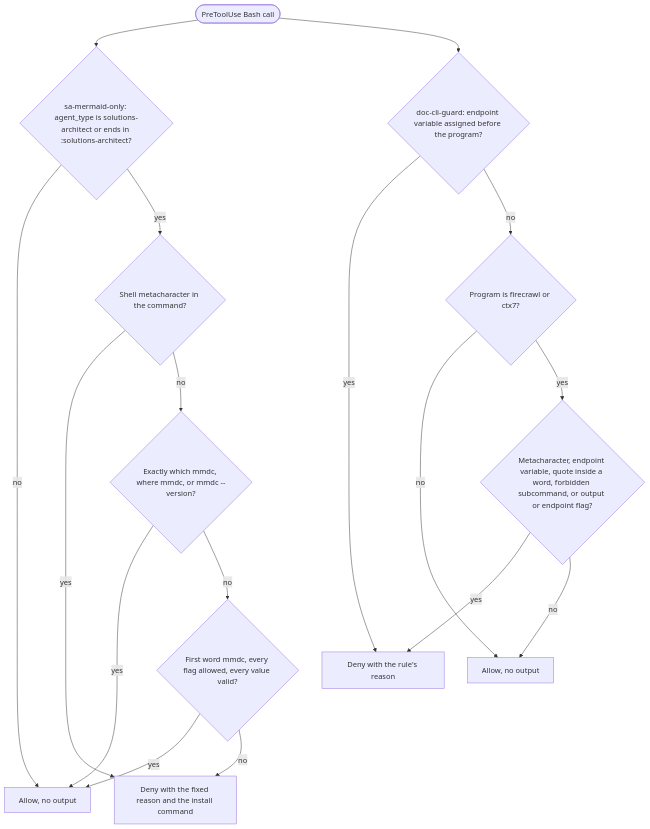
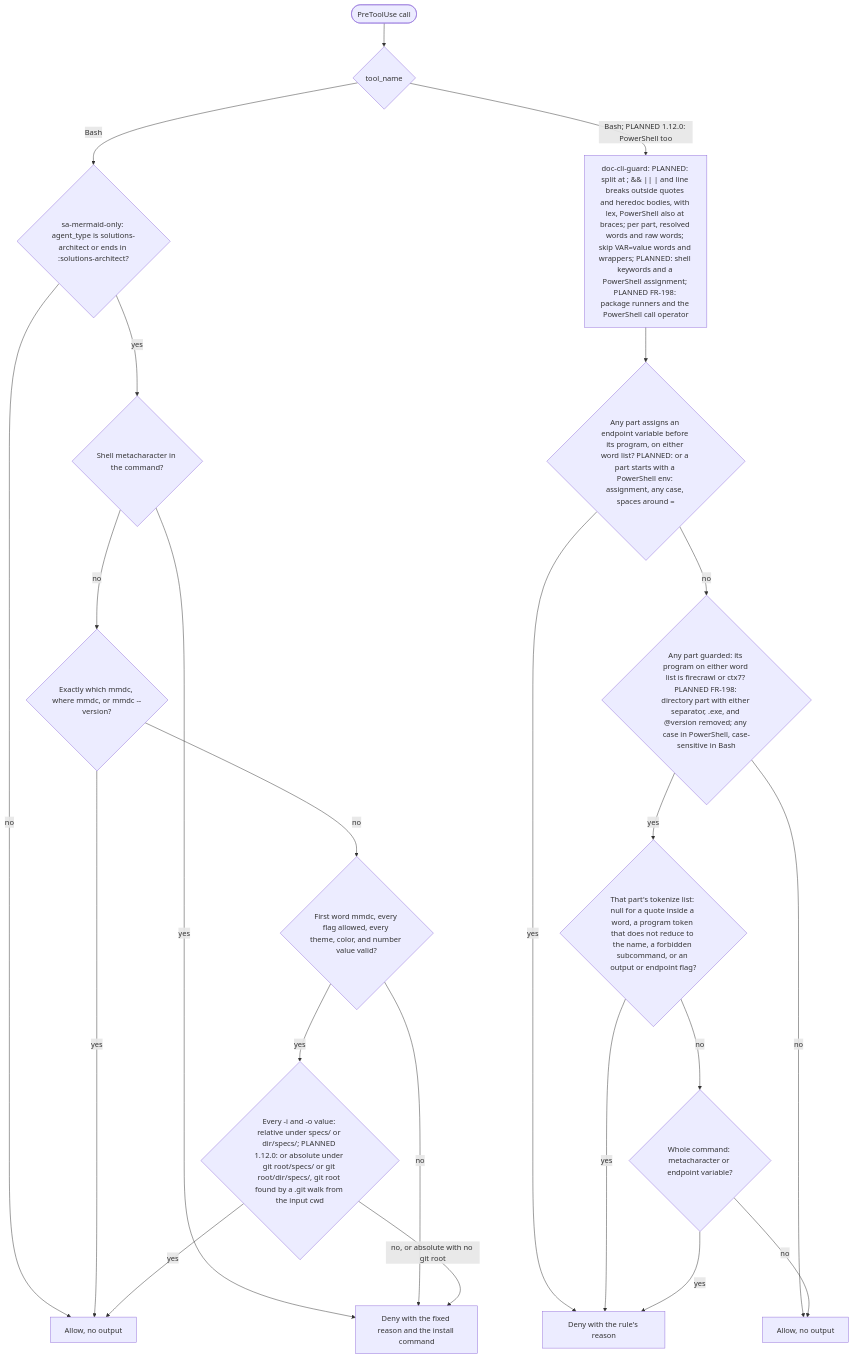
The diagram in specs/spec-hooks-bash-guards.md (tjmonsi/assist-marketplace-plugin), drawn with Mermaid before and after one commit. The commit also changed other lines of this file and 60 other files, not shown here.

````diff
--- a/specs/spec-hooks-bash-guards.md
+++ b/specs/spec-hooks-bash-guards.md
@@ -48,19 +48,25 @@
 ```mermaid
 flowchart TD
-  S(["PreToolUse Bash call"]) --> SA{"sa-mermaid-only: agent_type is solutions-architect or ends in :solutions-architect?"}
+  S(["PreToolUse call"]) --> T{"tool_name"}
+  T -->|Bash| SA{"sa-mermaid-only: agent_type is solutions-architect or ends in :solutions-architect?"}
   SA -->|no| SAOK["Allow, no output"]
   SA -->|yes| M1{"Shell metacharacter in the command?"}
   M1 -->|yes| SADENY["Deny with the fixed reason and the install command"]
   M1 -->|no| M2{"Exactly which mmdc, where mmdc, or mmdc --version?"}
   M2 -->|yes| SAOK
-  M2 -->|no| M3{"First word mmdc, every flag allowed, every value valid?"}
-  M3 -->|yes| SAOK
+  M2 -->|no| M3{"First word mmdc, every flag allowed, every theme, color, and number value valid?"}
   M3 -->|no| SADENY
-  S --> D1{"doc-cli-guard: endpoint variable assigned before the program?"}
+  M3 -->|yes| M4{"Every -i and -o value: relative under specs/ or dir/specs/; PLANNED 1.12.0: or absolute under git root/specs/ or git root/dir/specs/, git root found by a .git walk from the input cwd"}
+  M4 -->|yes| SAOK
+  M4 -->|"no, or absolute with no git root"| SADENY
+  T -->|"Bash; PLANNED 1.12.0: PowerShell too"| D0["doc-cli-guard: PLANNED: split at ; && || | and line breaks outside quotes and heredoc bodies, with lex, PowerShell also at braces; per part, resolved words and raw words; skip VAR=value words and wrappers; PLANNED: shell keywords and a PowerShell assignment; PLANNED FR-198: package runners and the PowerShell call operator"]
+  D0 --> D1{"Any part assigns an endpoint variable before its program, on either word list? PLANNED: or a part starts with a PowerShell env: assignment, any case, spaces around ="}
   D1 -->|yes| DDENY["Deny with the rule's reason"]
-  D1 -->|no| D2{"Program is firecrawl or ctx7?"}
+  D1 -->|no| D2{"Any part guarded: its program on either word list is firecrawl or ctx7? PLANNED FR-198: directory part with either separator, .exe, and @version removed; any case in PowerShell, case-sensitive in Bash"}
   D2 -->|no| DOK["Allow, no output"]
-  D2 -->|yes| D3{"Metacharacter, endpoint variable, quote inside a word, forbidden subcommand, or output or endpoint flag?"}
+  D2 -->|yes| D3{"That part's tokenize list: null for a quote inside a word, a program token that does not reduce to the name, a forbidden subcommand, or an output or endpoint flag?"}
   D3 -->|yes| DDENY
-  D3 -->|no| DOK
+  D3 -->|no| D4{"Whole command: metacharacter or endpoint variable?"}
+  D4 -->|yes| DDENY
+  D4 -->|no| DOK
 ```
````
